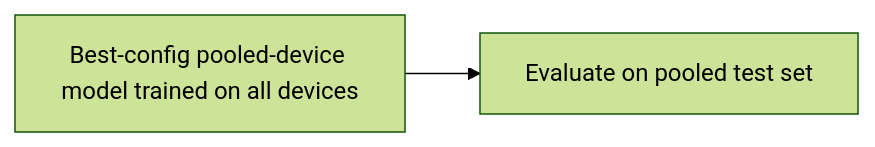
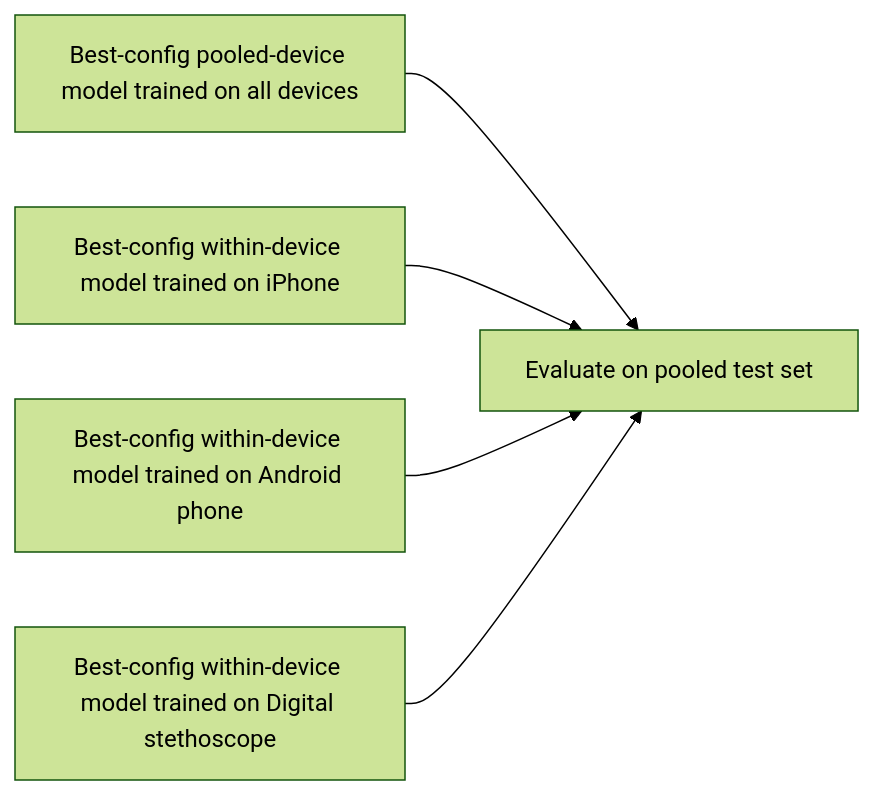
Before and after one commit to anywheredoor/phonocardiogram-lvef-deeplearning: the third of 3 diagrams in README.md, drawn with Mermaid (forest theme). The commit also changed other lines of this file, not shown here.

Commit message:
Update README workflow diagrams

````diff
--- a/README.md
+++ b/README.md
@@ -180,4 +182,7 @@
 ```mermaid
 flowchart LR
-    A["Best-config pooled-device model trained on all devices"] --> B["Evaluate on pooled test set"]
+    A["Best-config pooled-device model trained on all devices"] --> E["Evaluate on pooled test set"]
+    B["Best-config within-device model trained on iPhone"] --> E
+    C["Best-config within-device model trained on Android phone"] --> E
+    D["Best-config within-device model trained on Digital stethoscope"] --> E
 ```
````
